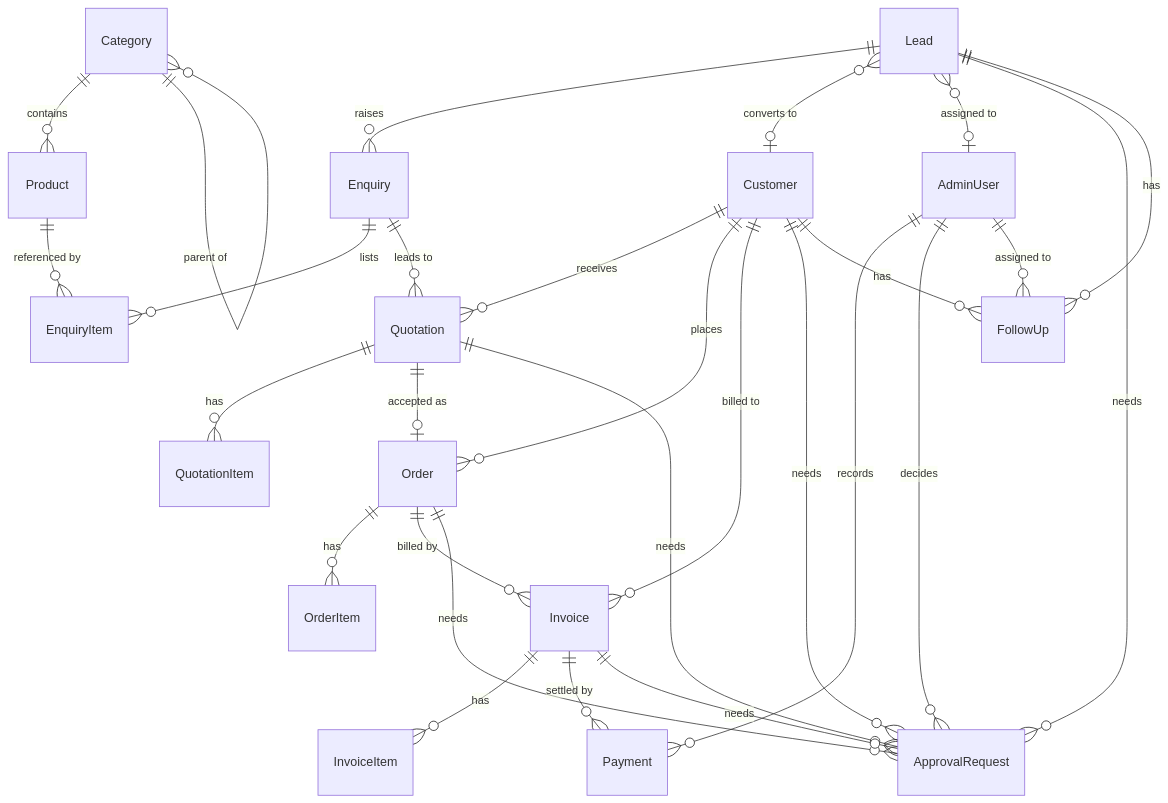
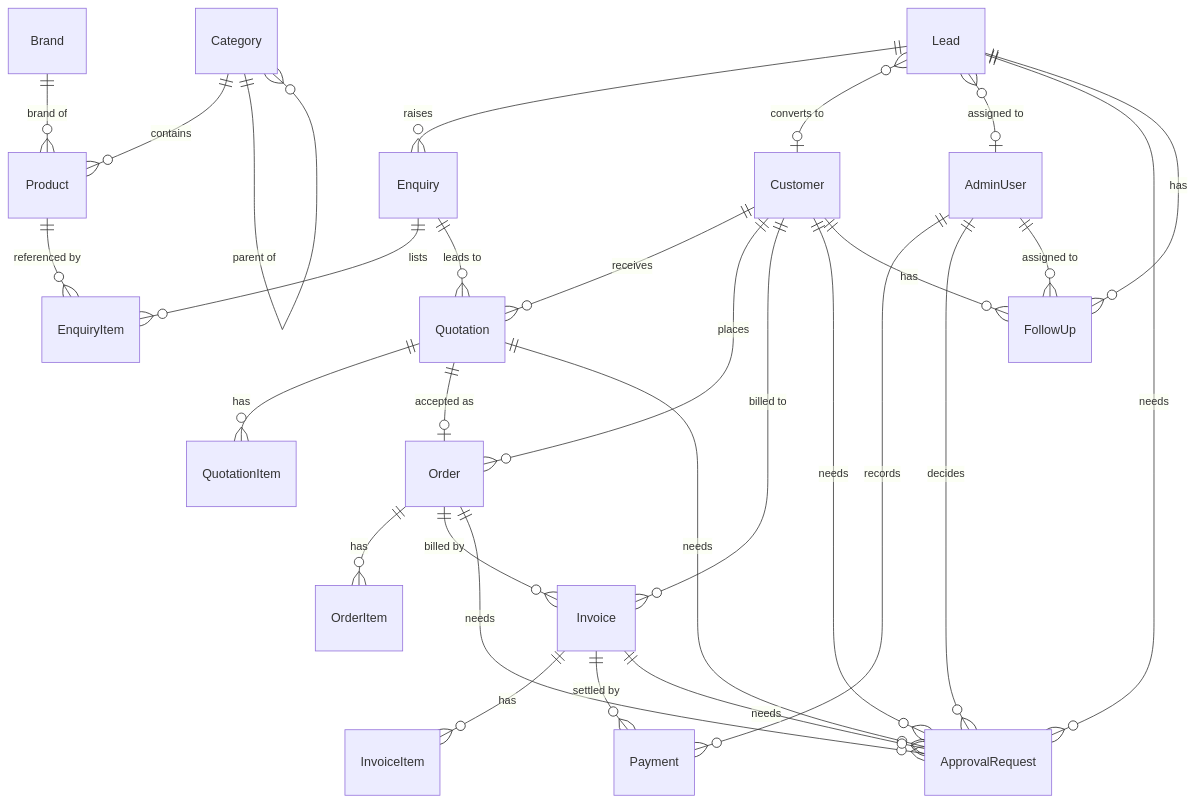
One commit to ag8260018315-gif/munna-pen-center changed the diagram in docs/ARCHITECTURE.md. Above: the diagram before and after it, drawn with Mermaid. The commit also changed other lines of this file and 51 other files, not shown here.

````diff
--- a/docs/ARCHITECTURE.md
+++ b/docs/ARCHITECTURE.md
@@ -49,30 +49,31 @@
 ```mermaid
 erDiagram
   Category ||--o{ Product : contains
+  Brand ||--o{ Product : "brand of"
   Category ||--o{ Category : "parent of"
   Lead ||--o{ Enquiry : raises
   Lead }o--o| Customer : "converts to"
   Lead }o--o| AdminUser : "assigned to"
   Enquiry ||--o{ EnquiryItem : lists
   Product ||--o{ EnquiryItem : "referenced by"
   Enquiry ||--o{ Quotation : "leads to"
   Customer ||--o{ Quotation : receives
   Quotation ||--o{ QuotationItem : has
   Quotation ||--o| Order : "accepted as"
   Customer ||--o{ Order : places
   Order ||--o{ OrderItem : has
   Order ||--o{ Invoice : "billed by"
   Customer ||--o{ Invoice : "billed to"
   Invoice ||--o{ InvoiceItem : has
   Invoice ||--o{ Payment : "settled by"
   AdminUser ||--o{ Payment : records
   Quotation ||--o{ ApprovalRequest : "needs"
   Lead ||--o{ ApprovalRequest : "needs"
   Customer ||--o{ ApprovalRequest : "needs"
   Order ||--o{ ApprovalRequest : "needs"
   Invoice ||--o{ ApprovalRequest : "needs"
   AdminUser ||--o{ ApprovalRequest : decides
   Lead ||--o{ FollowUp : has
   Customer ||--o{ FollowUp : has
   AdminUser ||--o{ FollowUp : "assigned to"
 ```
````
